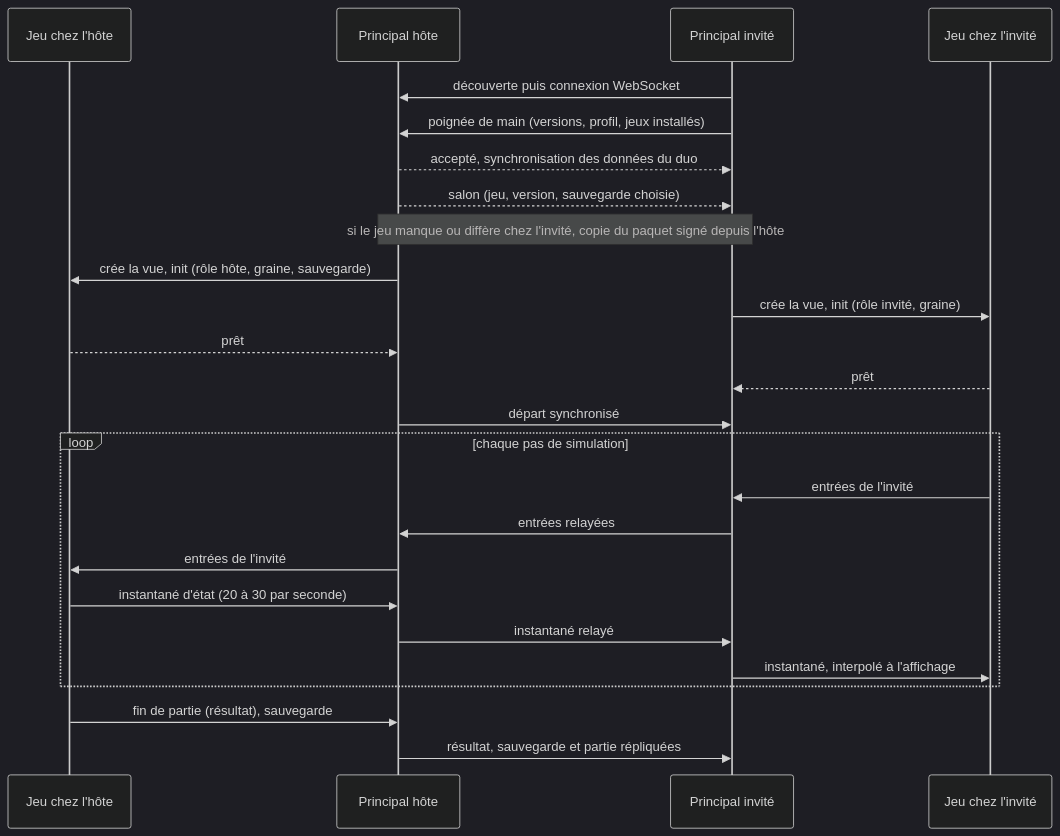
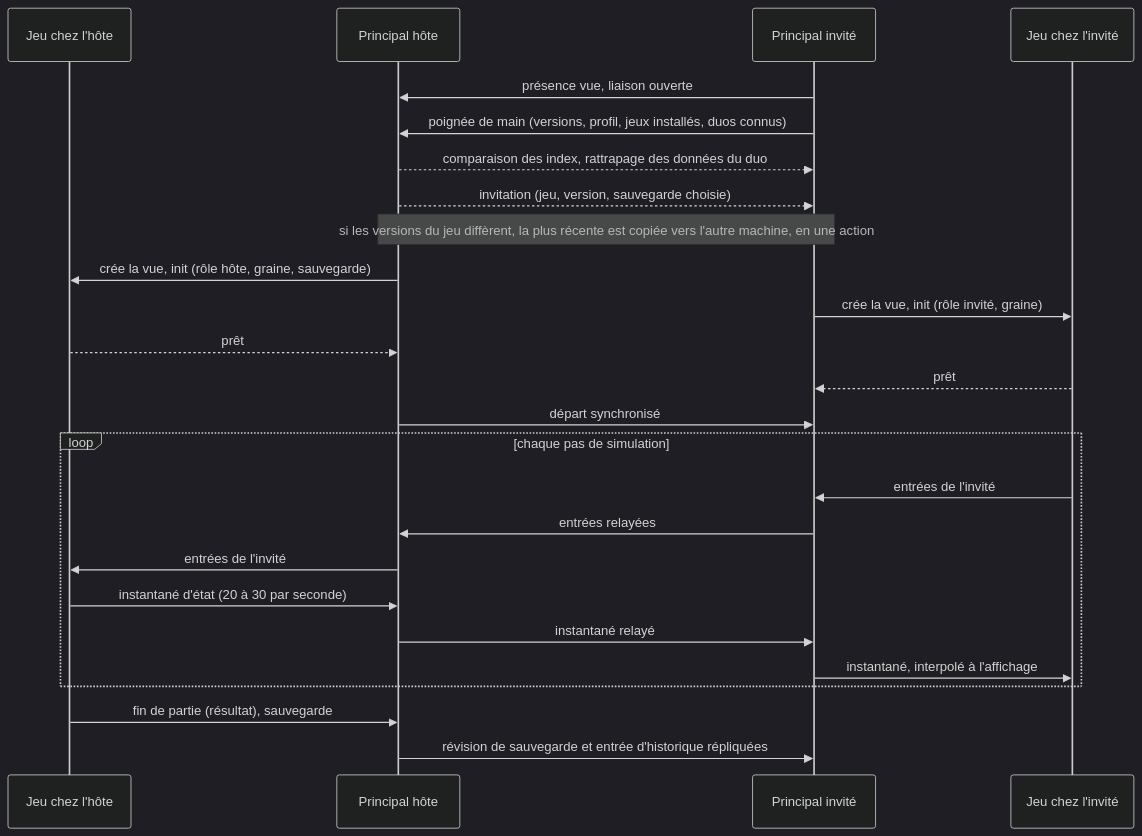
Before and after one commit to Haeev/duo: the second of 5 diagrams in docs/plateforme/architecture.md, drawn with Mermaid (dark theme). The commit also changed other lines of this file and 152 other files, not shown here.

````diff
--- a/docs/plateforme/architecture.md
+++ b/docs/plateforme/architecture.md
@@ -95,27 +100,27 @@
 ```mermaid
 sequenceDiagram
   participant JH as Jeu chez l'hôte
   participant PH as Principal hôte
   participant PI as Principal invité
   participant JI as Jeu chez l'invité
-  PI->>PH: découverte puis connexion WebSocket
-  PI->>PH: poignée de main (versions, profil, jeux installés)
-  PH-->>PI: accepté, synchronisation des données du duo
-  PH-->>PI: salon (jeu, version, sauvegarde choisie)
-  Note over PH,PI: si le jeu manque ou diffère chez l'invité, copie du paquet signé depuis l'hôte
+  PI->>PH: présence vue, liaison ouverte
+  PI->>PH: poignée de main (versions, profil, jeux installés, duos connus)
+  PH-->>PI: comparaison des index, rattrapage des données du duo
+  PH-->>PI: invitation (jeu, version, sauvegarde choisie)
+  Note over PH,PI: si les versions du jeu diffèrent, la plus récente est copiée vers l'autre machine, en une action
   PH->>JH: crée la vue, init (rôle hôte, graine, sauvegarde)
   PI->>JI: crée la vue, init (rôle invité, graine)
   JH-->>PH: prêt
   JI-->>PI: prêt
   PH->>PI: départ synchronisé
   loop chaque pas de simulation
     JI->>PI: entrées de l'invité
     PI->>PH: entrées relayées
     PH->>JH: entrées de l'invité
     JH->>PH: instantané d'état (20 à 30 par seconde)
     PH->>PI: instantané relayé
     PI->>JI: instantané, interpolé à l'affichage
   end
   JH->>PH: fin de partie (résultat), sauvegarde
-  PH->>PI: résultat, sauvegarde et partie répliquées
+  PH->>PI: révision de sauvegarde et entrée d'historique répliquées
 ```
````
